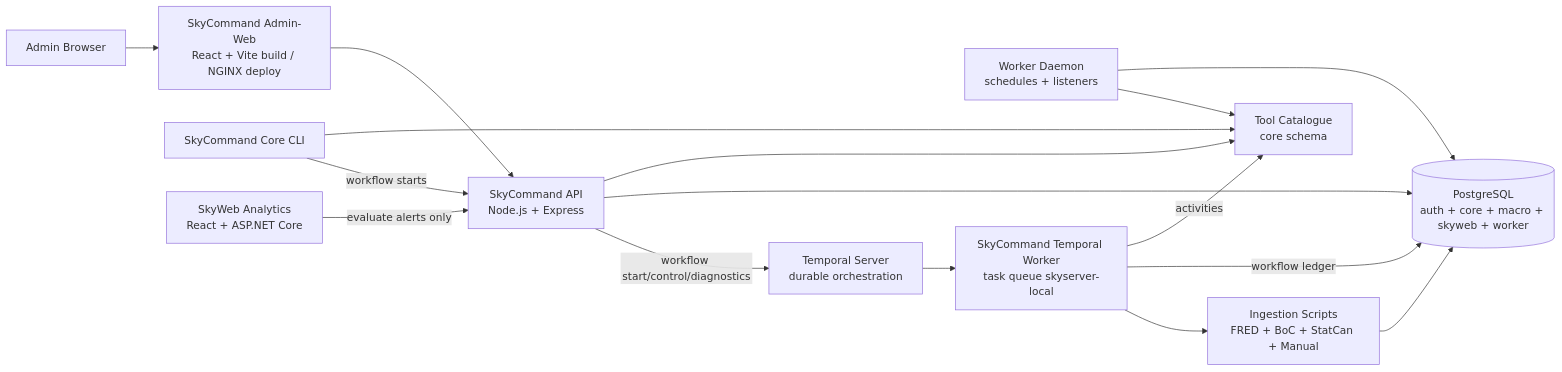
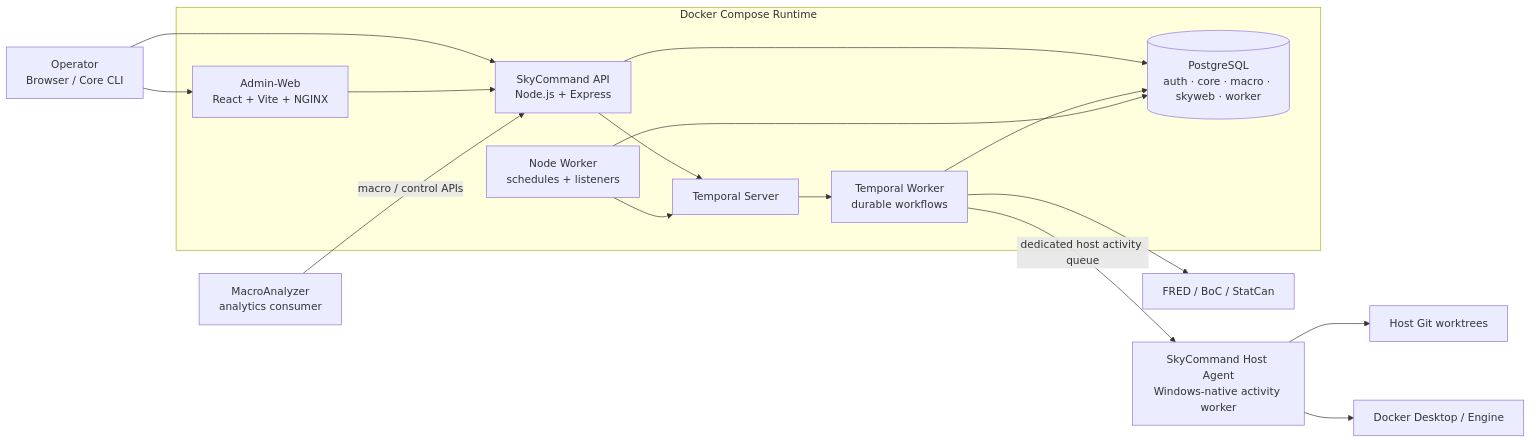
One commit to PStar1980/SkyCommand changed the diagram in README.md. Above: the diagram before and after it, drawn with Mermaid. The commit also changed other lines of this file and 1 other file, not shown here.

````diff
--- a/README.md
+++ b/README.md
@@ -161,18 +79,34 @@
 ```mermaid
 flowchart LR
-    Admin[Admin Browser] --> AdminWeb["SkyCommand Admin-Web<br/>React + Vite build / NGINX deploy"]
-    AdminWeb --> Api["SkyCommand API<br/>Node.js + Express"]
-    Core[SkyCommand Core CLI] --> Tools["Tool Catalogue<br/>core schema"]
-    Core -->|workflow starts| Api
-    Api --> Tools
-    Api --> Db[("PostgreSQL<br/>auth + core + macro + skyweb + worker")]
-    Worker["Worker Daemon<br/>schedules + listeners"] --> Db
-    Worker --> Tools
-    Ingestion["Ingestion Scripts<br/>FRED + BoC + StatCan + Manual"] --> Db
-    SkyWeb["SkyWeb Analytics<br/>React + ASP.NET Core"] -->|evaluate alerts only| Api
-    Api -->|workflow start/control/diagnostics| Temporal["Temporal Server<br/>durable orchestration"]
-    Temporal --> TemporalWorker["SkyCommand Temporal Worker<br/>task queue skyserver-local"]
-    TemporalWorker -->|activities| Tools
-    TemporalWorker -->|workflow ledger| Db
-    TemporalWorker --> Ingestion
+    Operator["Operator<br/>Browser / Core CLI"]
+    Macro["MacroAnalyzer<br/>analytics consumer"]
+    Sources["FRED / BoC / StatCan"]
+
+    subgraph Docker["Docker Compose Runtime"]
+        Web["Admin-Web<br/>React + Vite + NGINX"]
+        API["SkyCommand API<br/>Node.js + Express"]
+        PG[("PostgreSQL<br/>auth · core · macro · skyweb · worker")]
+        Temporal["Temporal Server"]
+        TWorker["Temporal Worker<br/>durable workflows"]
+        NWorker["Node Worker<br/>schedules + listeners"]
+    end
+
+    Host["SkyCommand Host Agent<br/>Windows-native activity worker"]
+    Git["Host Git worktrees"]
+    Engine["Docker Desktop / Engine"]
+
+    Operator --> Web
+    Operator --> API
+    Web --> API
+    API --> PG
+    API --> Temporal
+    Temporal --> TWorker
+    TWorker --> PG
+    TWorker --> Sources
+    NWorker --> PG
+    NWorker --> Temporal
+    TWorker -->|dedicated host activity queue| Host
+    Host --> Git
+    Host --> Engine
+    Macro -->|macro / control APIs| API
 ```
````
